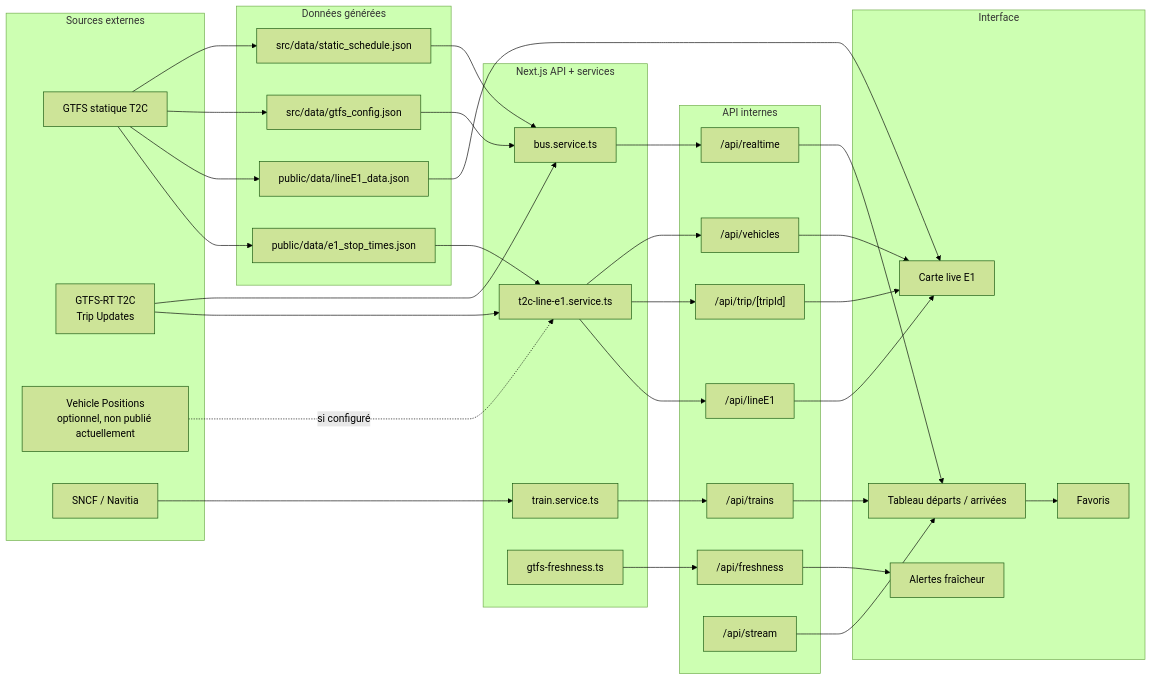
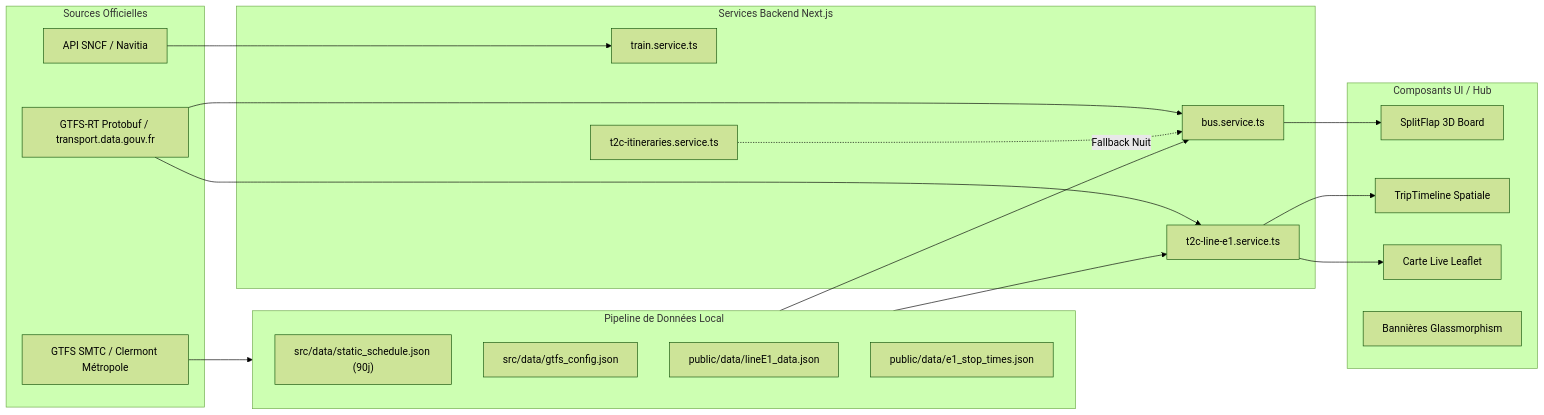
The diagram in README.md (nickdesi/BusTrainGerzat), drawn with Mermaid (forest theme) before and after one commit. The commit also changed other lines of this file and 2 other files, not shown here.

Commit message:
docs: revamp README to modern GitHub best practices and bump version to 4.0.0

````diff
--- a/README.md
+++ b/README.md
@@ -107,67 +76,40 @@
 ```mermaid
 flowchart LR
-  subgraph Sources[Sources externes]
-    T2CStatic[GTFS statique T2C]
-    T2CRT["GTFS-RT T2C<br/>Trip Updates"]
-    OptionalGPS["Vehicle Positions<br/>optionnel, non publié actuellement"]
-    SNCF[SNCF / Navitia]
+  subgraph Sources[Sources Officielles]
+    T2CStatic[GTFS SMTC / Clermont Métropole]
+    T2CRT[GTFS-RT Protobuf / transport.data.gouv.fr]
+    SNCF[API SNCF / Navitia]
   end
 
-  subgraph Data[Données générées]
-    StaticSchedule["src/data/static_schedule.json"]
+  subgraph Pipeline[Pipeline de Données Local]
+    StaticSchedule["src/data/static_schedule.json (90j)"]
     GtfsConfig["src/data/gtfs_config.json"]
-    LineE1Map["public/data/lineE1_data.json"]
-    LineE1StopTimes["public/data/e1_stop_times.json"]
+    LineE1Data["public/data/lineE1_data.json"]
+    E1StopTimes["public/data/e1_stop_times.json"]
   end
 
-  subgraph Server[Next.js API + services]
+  subgraph Core[Services Backend Next.js]
     BusService["bus.service.ts"]
     E1Service["t2c-line-e1.service.ts"]
     TrainService["train.service.ts"]
-    Freshness["gtfs-freshness.ts"]
+    ItinerariesService["t2c-itineraries.service.ts"]
   end
 
-  subgraph API[API internes]
-    Realtime["/api/realtime"]
-    Vehicles["/api/vehicles"]
-    Trip["/api/trip/[tripId]"]
-    Line["/api/lineE1"]
-    Trains["/api/trains"]
-    Fresh["/api/freshness"]
-    Stream["/api/stream"]
+  subgraph UI[Composants UI / Hub]
+    SplitFlap[SplitFlap 3D Board]
+    Timeline[TripTimeline Spatiale]
+    Map[Carte Live Leaflet]
+    GlassAlerts[Bannières Glassmorphism]
   end
 
-  subgraph UI[Interface]
-    Board[Tableau départs / arrivées]
-    Map[Carte live E1]
-    Favorites[Favoris]
-    Status[Alertes fraîcheur]
-  end
-
-  T2CStatic --> StaticSchedule
-  T2CStatic --> GtfsConfig
-  T2CStatic --> LineE1Map
-  T2CStatic --> LineE1StopTimes
+  T2CStatic --> Pipeline
   T2CRT --> BusService
   T2CRT --> E1Service
-  OptionalGPS -. si configuré .-> E1Service
   SNCF --> TrainService
-  StaticSchedule --> BusService
-  GtfsConfig --> BusService
-  LineE1StopTimes --> E1Service
-  LineE1Map --> Map
-  BusService --> Realtime
-  E1Service --> Vehicles
-  E1Service --> Trip
-  E1Service --> Line
-  TrainService --> Trains
-  Freshness --> Fresh
-  Realtime --> Board
-  Trains --> Board
-  Vehicles --> Map
-  Trip --> Map
-  Line --> Map
-  Stream --> Board
-  Fresh --> Status
-  Board --> Favorites
+  Pipeline --> BusService
+  Pipeline --> E1Service
+  BusService --> SplitFlap
+  E1Service --> Timeline
+  E1Service --> Map
+  ItinerariesService -. Fallback Nuit .-> BusService
 ```
````
